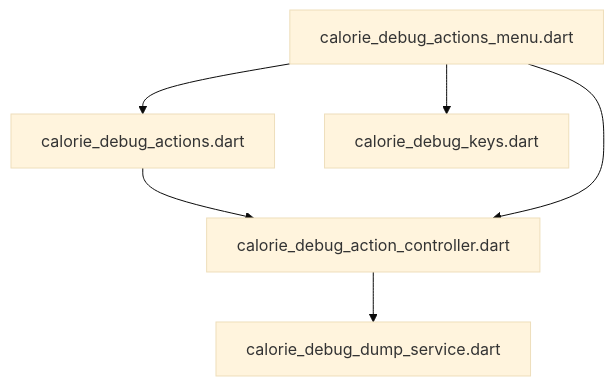
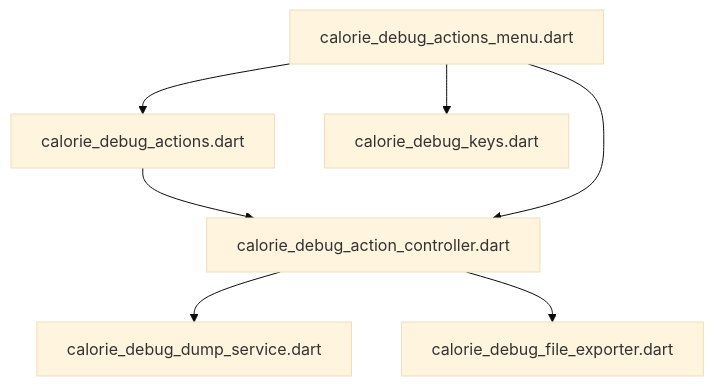
One commit to repinw/yamt changed the diagram in lib/features/calories/debug/DEPS.md. Above: the diagram before and after it, drawn with Mermaid (base theme). The commit also changed 30 other files, not shown here.

````diff
--- a/lib/features/calories/debug/DEPS.md
+++ b/lib/features/calories/debug/DEPS.md
@@ -6,8 +6,9 @@
 ```mermaid
 flowchart TD;
 calorie_debug_action_controller.dart-->calorie_debug_dump_service.dart;
+calorie_debug_action_controller.dart-->calorie_debug_file_exporter.dart;
 calorie_debug_actions.dart-->calorie_debug_action_controller.dart;
 calorie_debug_actions_menu.dart-->calorie_debug_action_controller.dart;
 calorie_debug_actions_menu.dart-->calorie_debug_actions.dart;
 calorie_debug_actions_menu.dart-->calorie_debug_keys.dart;
 ```
````
